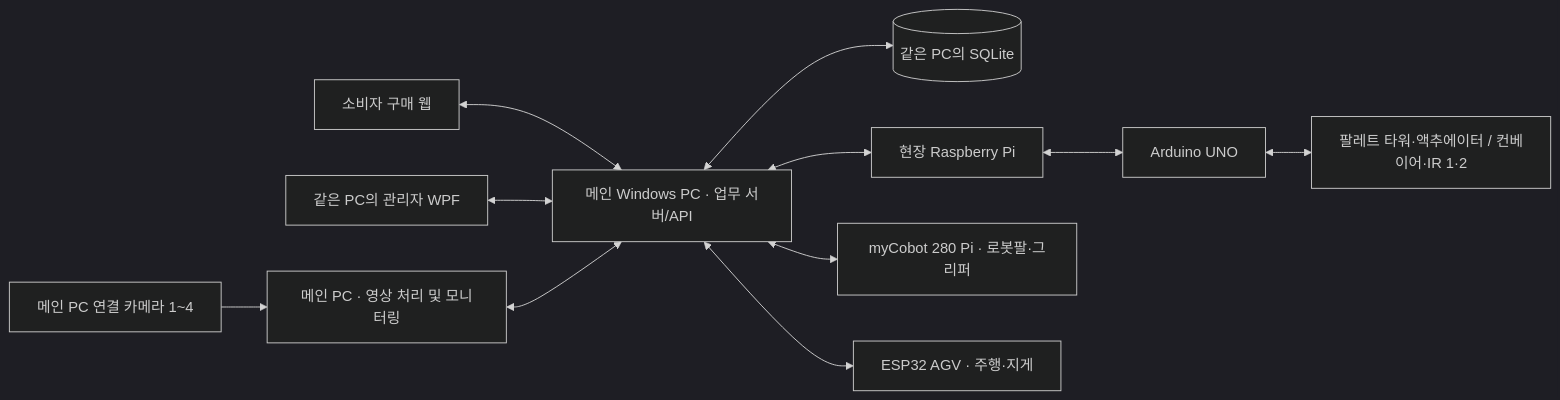
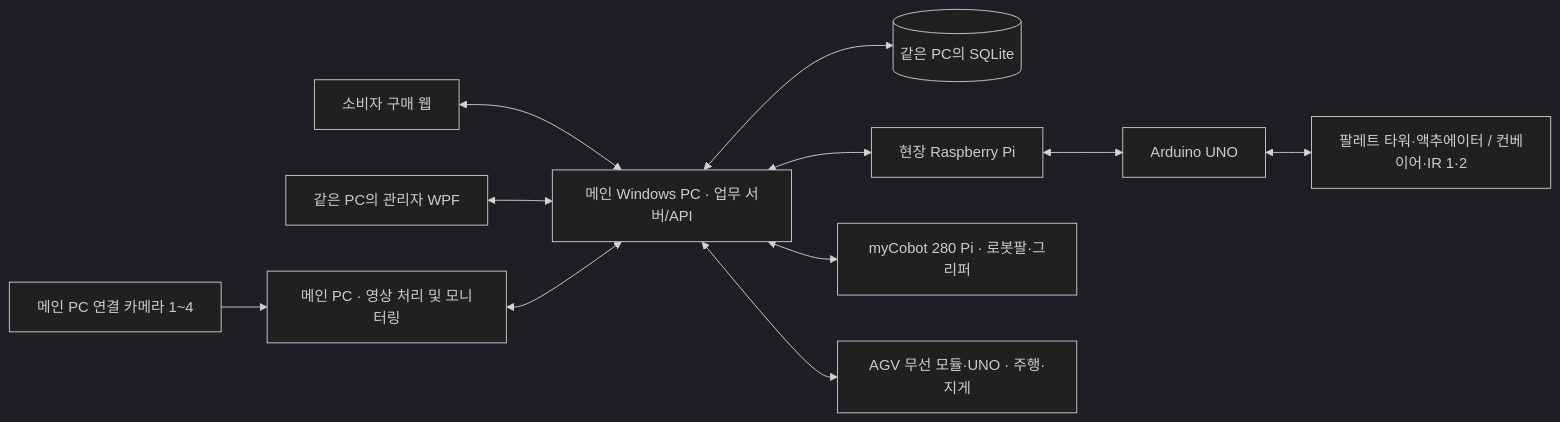
The diagram in docs/HARDWARE_WORKFLOW.md (Esp3ra/2026-Moble-3rd-Team-Project), drawn with Mermaid (dark theme) before and after one commit. The commit also changed other lines of this file and 6 other files, not shown here.

````diff
--- a/docs/HARDWARE_WORKFLOW.md
+++ b/docs/HARDWARE_WORKFLOW.md
@@ -7,13 +7,13 @@
 ```mermaid
 flowchart LR
     WEB["소비자 구매 웹"] <--> API["메인 Windows PC · 업무 서버/API"]
     WPF["같은 PC의 관리자 WPF"] <--> API
     API <--> DB[("같은 PC의 SQLite")]
     API <--> PI["현장 Raspberry Pi"]
     PI <--> UNO["Arduino UNO"]
     UNO <--> LINE["팔레트 타워·액추에이터 / 컨베이어·IR 1·2"]
     API <--> ARM["myCobot 280 Pi · 로봇팔·그리퍼"]
-    API <--> AGV["ESP32 AGV · 주행·지게"]
+    API <--> AGV["AGV 무선 모듈·UNO · 주행·지게"]
     CAM["메인 PC 연결 카메라 1~4"] --> PCV["메인 PC · 영상 처리 및 모니터링"]
     PCV <--> API
 ```
````
